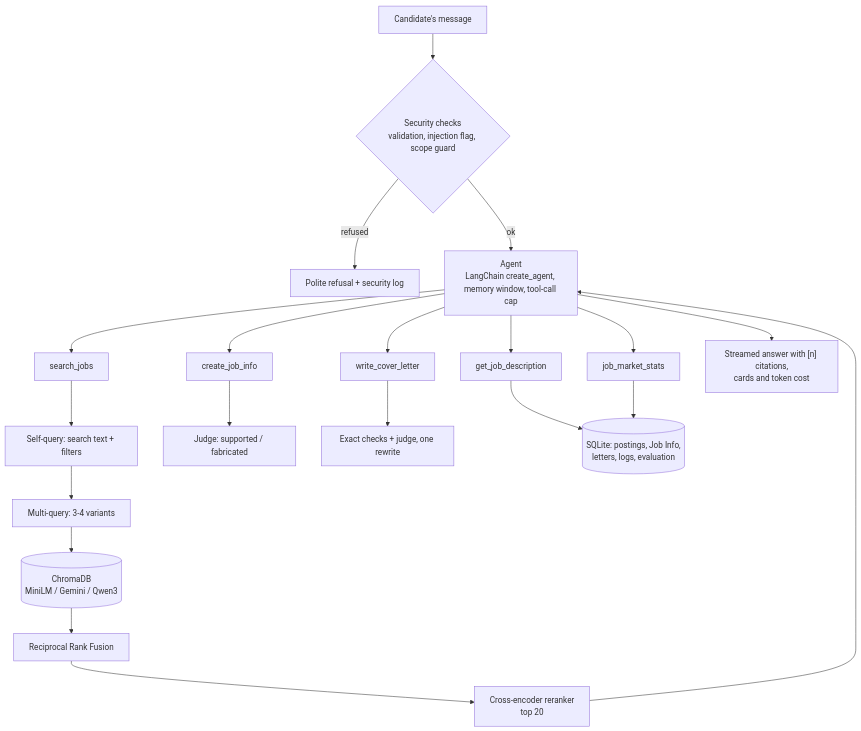
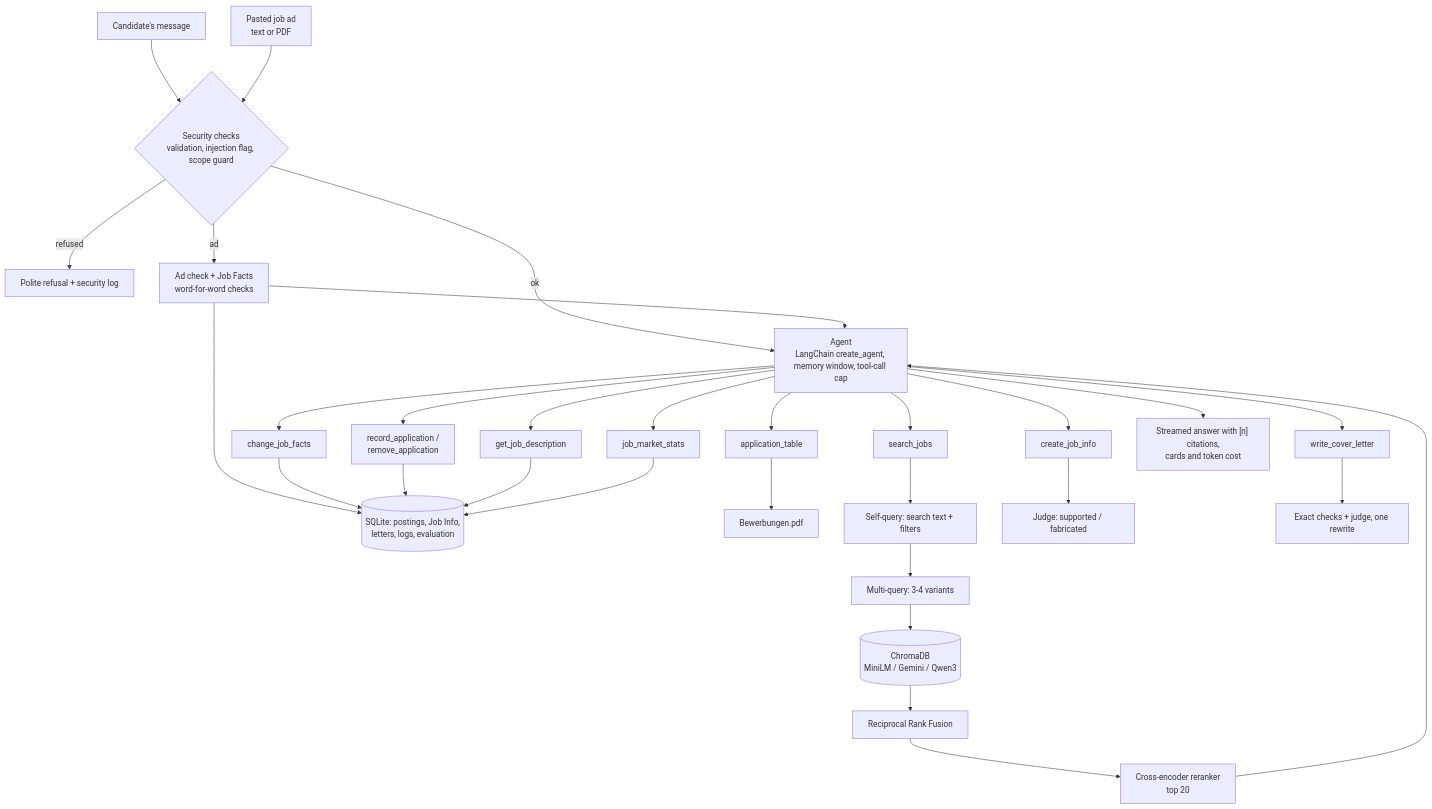
The diagram in README.md (sara-qbit/job-career-assistant), drawn with Mermaid before and after one commit. The commit also changed other lines of this file and 6 other files, not shown here.

Commit message:
v2.0 release: README for pasted Job Postings, Job Facts, German letters and the Application Table; version 2.0.0 (ticket 09)

````diff
--- a/README.md
+++ b/README.md
@@ -112,22 +173,32 @@
 ```mermaid
 flowchart TD
     Q[Candidate's message] --> S{Security checks<br/>validation, injection flag, scope guard}
     S -- refused --> R[Polite refusal + security log]
     S -- ok --> A[Agent<br/>LangChain create_agent, memory window, tool-call cap]
     A --> T1[search_jobs]
     A --> T2[get_job_description]
     A --> T3[create_job_info]
     A --> T4[write_cover_letter]
     A --> T5[job_market_stats]
+    P[Pasted job ad<br/>text or PDF] --> S
+    S -- ad --> JF[Ad check + Job Facts<br/>word-for-word checks]
+    JF --> DB
+    JF --> A
+    A --> T6[change_job_facts]
+    A --> T7[record_application /<br/>remove_application]
+    A --> T8[application_table]
+    T6 --> DB
+    T7 --> DB
+    T8 --> PDF[Bewerbungen.pdf]
     T1 --> SQ[Self-query: search text + filters]
     SQ --> MQ[Multi-query: 3-4 variants]
     MQ --> V[(ChromaDB<br/>MiniLM / Gemini / Qwen3)]
     V --> F[Reciprocal Rank Fusion]
     F --> RR[Cross-encoder reranker<br/>top 20]
     RR --> A
     T3 --> J[Judge: supported / fabricated]
     T4 --> C[Exact checks + judge, one rewrite]
     T2 --> DB[(SQLite: postings, Job Info,<br/>letters, logs, evaluation)]
     T5 --> DB
     A --> ANS["Streamed answer with [n] citations,<br/>cards and token cost"]
 ```
````
